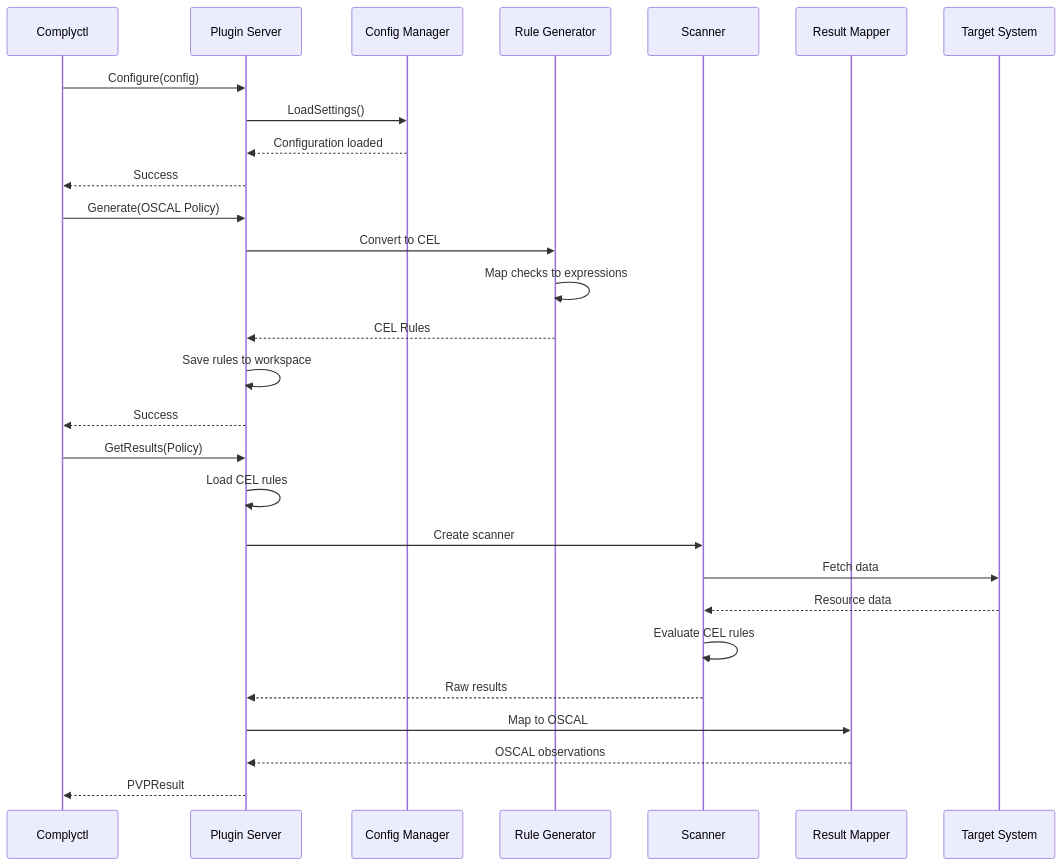
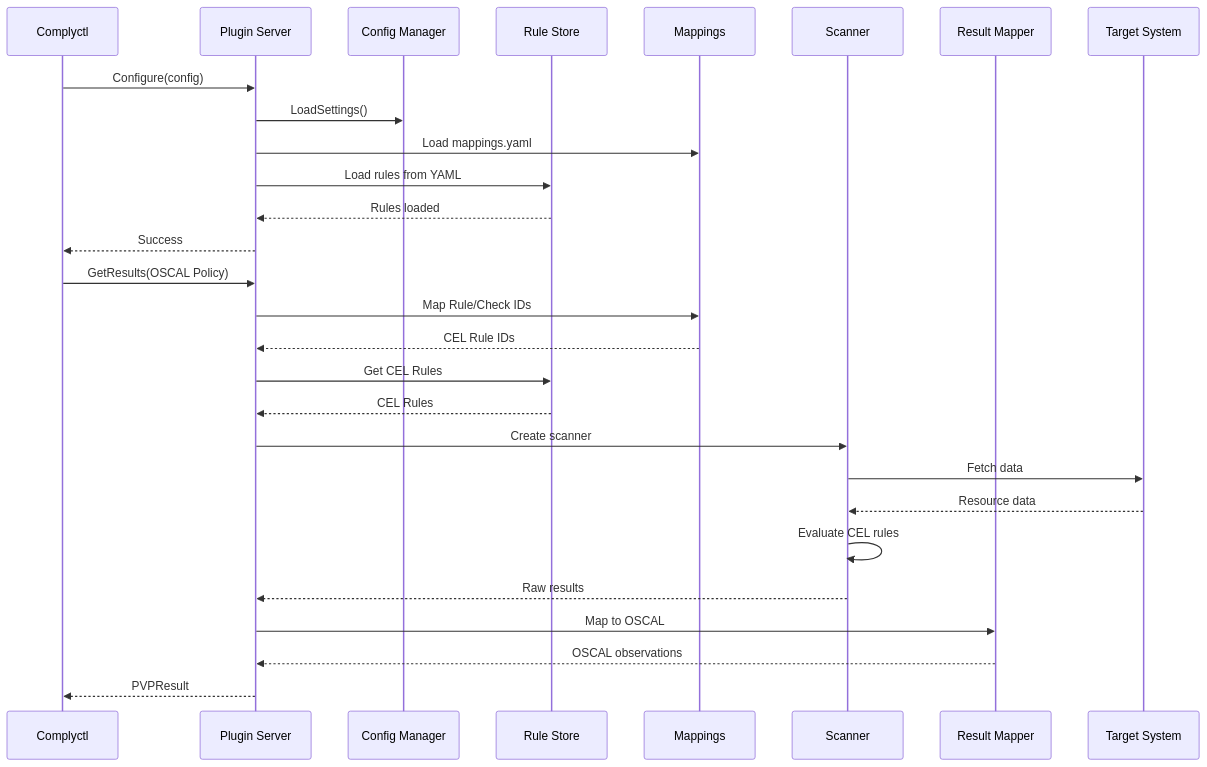
The second of 2 diagrams in cmd/celscanner-plugin/README.md (Vincent056/complyctl), drawn with Mermaid before and after one commit. The commit also changed other lines of this file and 90 other files, not shown here.

````diff
--- a/cmd/celscanner-plugin/README.md
+++ b/cmd/celscanner-plugin/README.md
@@ -289,33 +336,32 @@
 ```mermaid
 sequenceDiagram
     participant C as Complyctl
     participant P as Plugin Server
     participant CM as Config Manager
-    participant RG as Rule Generator
+    participant RS as Rule Store
+    participant M as Mappings
     participant S as Scanner
     participant RM as Result Mapper
     participant T as Target System
 
     C->>P: Configure(config)
     P->>CM: LoadSettings()
-    CM-->>P: Configuration loaded
+    P->>M: Load mappings.yaml
+    P->>RS: Load rules from YAML
+    RS-->>P: Rules loaded
     P-->>C: Success
 
-    C->>P: Generate(OSCAL Policy)
-    P->>RG: Convert to CEL
-    RG->>RG: Map checks to expressions
-    RG-->>P: CEL Rules
-    P->>P: Save rules to workspace
-    P-->>C: Success
-
-    C->>P: GetResults(Policy)
-    P->>P: Load CEL rules
+    C->>P: GetResults(OSCAL Policy)
+    P->>M: Map Rule/Check IDs
+    M-->>P: CEL Rule IDs
+    P->>RS: Get CEL Rules
+    RS-->>P: CEL Rules
     P->>S: Create scanner
     S->>T: Fetch data
     T-->>S: Resource data
     S->>S: Evaluate CEL rules
     S-->>P: Raw results
     P->>RM: Map to OSCAL
     RM-->>P: OSCAL observations
     P-->>C: PVPResult
 ```
````
